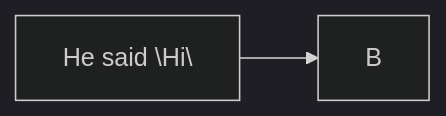
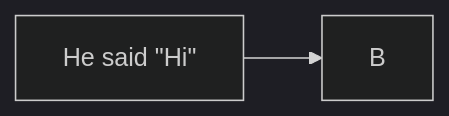
One commit to probelabs/mermaid-lint changed the third of 4 diagrams in docs/errors.md. Above: the diagram before and after it, drawn with Mermaid (dark theme). The commit also changed other lines of this file and 3 other files, not shown here.

````diff
--- a/docs/errors.md
+++ b/docs/errors.md
@@ -32,4 +32,4 @@
     ```mermaid
     flowchart LR
-      A["He said \"Hi\""] --> B
+      A["He said &quot;Hi&quot;"] --> B
     ```
````
